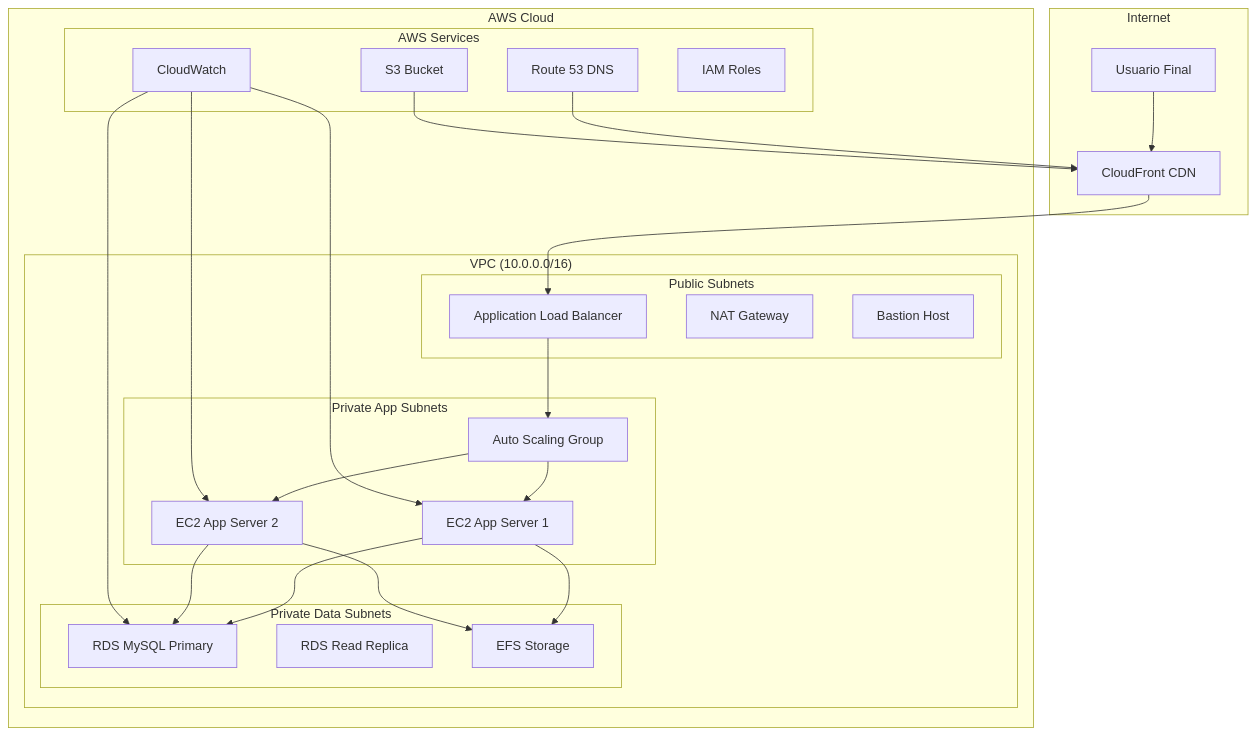
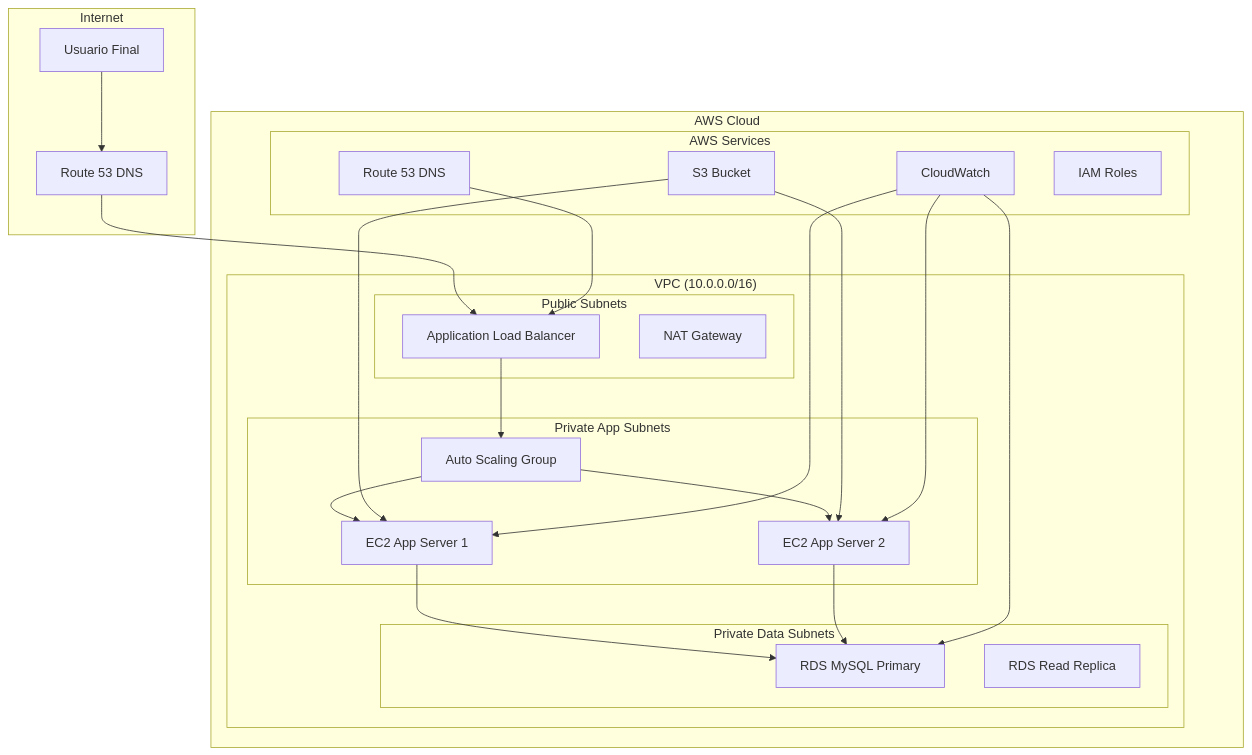
Before and after one commit to Alvaro-Pau-PI/PI: the diagram in docs/modulos/NUV/README.md, drawn with Mermaid. The commit also changed other lines of this file and 5 other files, not shown here.

````diff
--- a/docs/modulos/NUV/README.md
+++ b/docs/modulos/NUV/README.md
@@ -126,52 +122,49 @@
 ```mermaid
 graph TB
     subgraph "Internet"
         USER[Usuario Final]
-        CDN[CloudFront CDN]
+        DNS[Route 53 DNS]
     end
     
     subgraph "AWS Cloud"
         subgraph "VPC (10.0.0.0/16)"
             subgraph "Public Subnets"
                 LB[Application Load Balancer]
                 NAT[NAT Gateway]
-                BASTION[Bastion Host]
             end
             
             subgraph "Private App Subnets"
                 ASG[Auto Scaling Group]
                 EC2_1[EC2 App Server 1]
                 EC2_2[EC2 App Server 2]
             end
             
             subgraph "Private Data Subnets"
                 RDS[RDS MySQL Primary]
                 RDS_READ[RDS Read Replica]
-                EFS[EFS Storage]
             end
         end
         
         subgraph "AWS Services"
             S3[S3 Bucket]
             ROUTE53[Route 53 DNS]
             CLOUDWATCH[CloudWatch]
             IAM[IAM Roles]
         end
     end
     
-    USER --> CDN
-    CDN --> LB
+    USER --> DNS
+    DNS --> LB
     LB --> ASG
     ASG --> EC2_1
     ASG --> EC2_2
     EC2_1 --> RDS
     EC2_2 --> RDS
-    EC2_1 --> EFS
-    EC2_2 --> EFS
     
-    ROUTE53 --> CDN
-    S3 --> CDN
+    ROUTE53 --> LB
+    S3 --> EC2_1
+    S3 --> EC2_2
     CLOUDWATCH --> EC2_1
     CLOUDWATCH --> EC2_2
     CLOUDWATCH --> RDS
 ```
````
